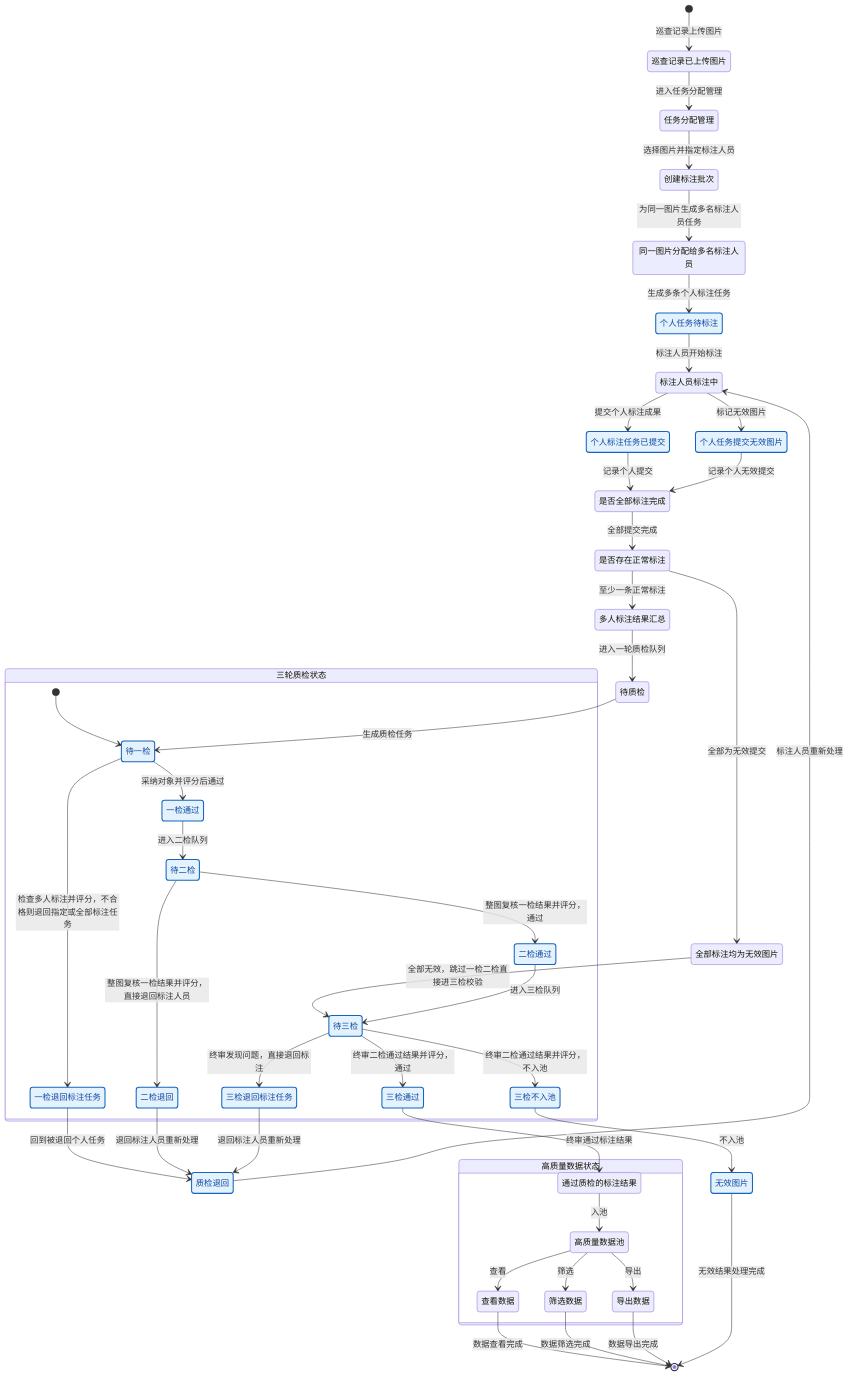
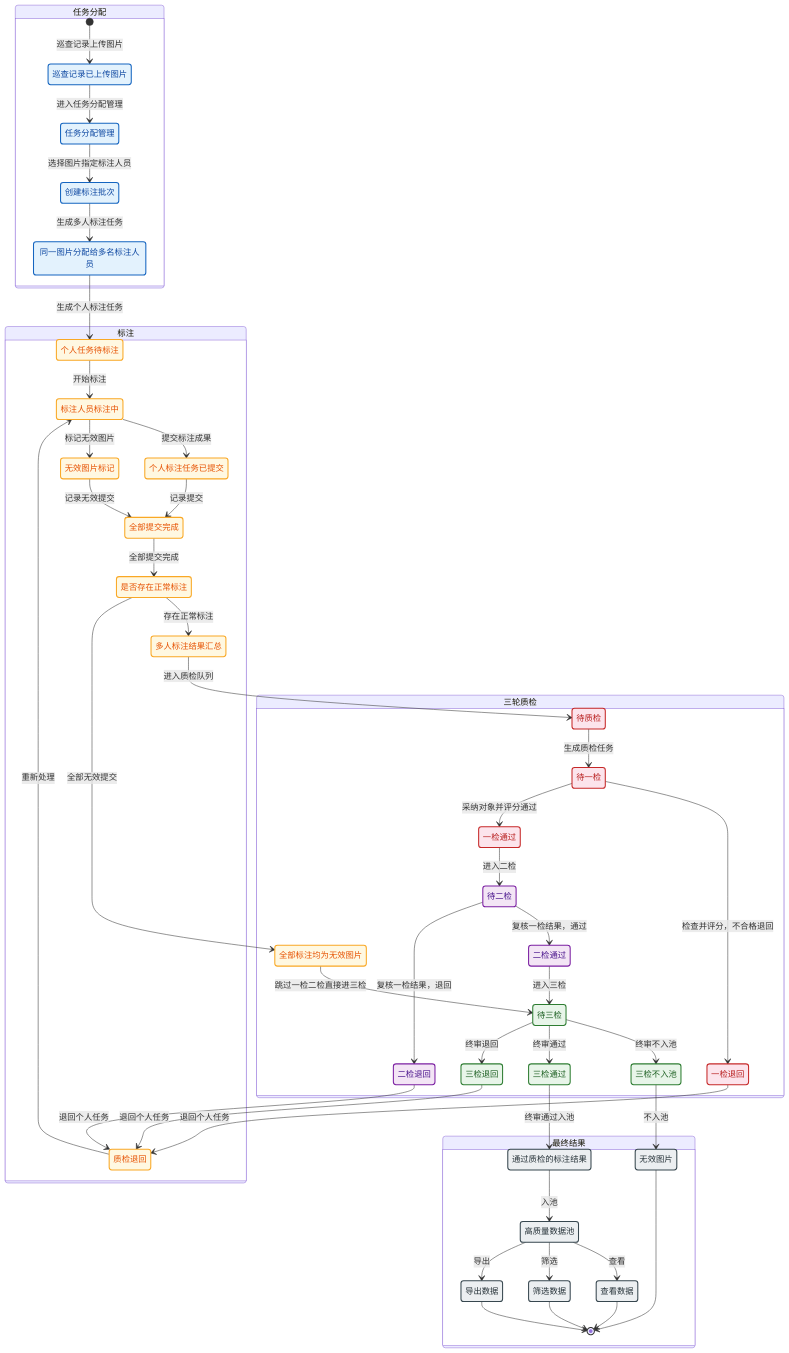
One commit to zhudan930612/shujuzhili changed the diagram in 02-PRD文档/后台管理/标注质检三轮质检流程.mmd. Above: the diagram before and after it, drawn with Mermaid. The commit also changed 1 other file, not shown here.

Commit message:
refactor(质检流程): 重构流程图按四阶段分组并差异化配色
- 按任务分配/标注/三轮质检/最终结果分组为四阶段
- 跨阶段连线收口到独立区块
- 按阶段差异分配配色方案（蓝/琥珀/红/紫/绿/灰）
- 状态标签精简，连线描述更简洁
- 原型源文件：同步更新

```diff
--- a/02-PRD文档/后台管理/标注质检三轮质检流程.mmd
+++ b/02-PRD文档/后台管理/标注质检三轮质检流程.mmd
@@ -1,98 +1,126 @@
 %%{init: {'theme':'mc'}}%%
 stateDiagram-v2
-  [*] --> InspectionUploaded: 巡查记录上传图片
+  %% ═══════════════════════════════════════════
+  %% 阶段一：任务分配
+  %% ═══════════════════════════════════════════
+  state "任务分配" as Assign {
+    InspectionUploaded: 巡查记录已上传图片
+    AssignmentManage: 任务分配管理
+    BatchCreated: 创建标注批次
+    MultiAnnotationAssigned: 同一图片分配给多名标注人员
 
-  InspectionUploaded: 巡查记录已上传图片
-  AssignmentManage: 任务分配管理
-  BatchCreated: 创建标注批次
-  MultiAnnotationAssigned: 同一图片分配给多名标注人员
-  AnnotationTodo: 个人任务待标注
-  Annotating: 标注人员标注中
-  AnnotationSubmitted: 个人标注任务已提交
-  AnnotationInvalid: 个人任务提交无效图片
-  AnnotationReturned: 质检退回
-  FinalInvalid: 无效图片
-  AllAnnotationSubmitted: 是否全部标注完成
-  HasValidAnnotation: 是否存在正常标注
-  AnnotationMerged: 多人标注结果汇总
-  QCWaiting: 待质检
-  AllInvalidSample: 全部标注均为无效图片
+    [*] --> InspectionUploaded: 巡查记录上传图片
+    InspectionUploaded --> AssignmentManage: 进入任务分配管理
+    AssignmentManage --> BatchCreated: 选择图片指定标注人员
+    BatchCreated --> MultiAnnotationAssigned: 生成多人标注任务
+  }
 
-  InspectionUploaded --> AssignmentManage: 进入任务分配管理
-  AssignmentManage --> BatchCreated: 选择图片并指定标注人员
-  BatchCreated --> MultiAnnotationAssigned: 为同一图片生成多名标注人员任务
-  MultiAnnotationAssigned --> AnnotationTodo: 生成多条个人标注任务
-  AnnotationTodo --> Annotating: 标注人员开始标注
-  Annotating --> AnnotationSubmitted: 提交个人标注成果
-  Annotating --> AnnotationInvalid: 标记无效图片
-  AnnotationSubmitted --> AllAnnotationSubmitted: 记录个人提交
-  AnnotationInvalid --> AllAnnotationSubmitted: 记录个人无效提交
-  AnnotationReturned --> Annotating: 标注人员重新处理
-  AllAnnotationSubmitted --> HasValidAnnotation: 全部提交完成
-  HasValidAnnotation --> AnnotationMerged: 至少一条正常标注
-  HasValidAnnotation --> AllInvalidSample: 全部为无效提交
-  AnnotationMerged --> QCWaiting: 进入一轮质检队列
-  AllInvalidSample --> QC3Waiting: 全部无效，跳过一检二检直接进三检校验
+  %% ═══════════════════════════════════════════
+  %% 阶段二：标注
+  %% ═══════════════════════════════════════════
+  state "标注" as Anno {
+    AnnotationTodo: 个人任务待标注
+    Annotating: 标注人员标注中
+    AnnotationSubmitted: 个人标注任务已提交
+    AnnotationInvalid: 无效图片标记
+    AllAnnotationSubmitted: 全部提交完成
+    HasValidAnnotation: 是否存在正常标注
+    AnnotationMerged: 多人标注结果汇总
+    AllInvalidSample: 全部标注均为无效图片
+    AnnotationReturned: 质检退回
 
-  state "三轮质检状态" as QCFlow {
-    [*] --> QC1Waiting
+    AnnotationTodo --> Annotating: 开始标注
+    Annotating --> AnnotationSubmitted: 提交标注成果
+    Annotating --> AnnotationInvalid: 标记无效图片
+    AnnotationSubmitted --> AllAnnotationSubmitted: 记录提交
+    AnnotationInvalid --> AllAnnotationSubmitted: 记录无效提交
+    AnnotationReturned --> Annotating: 重新处理
+    AllAnnotationSubmitted --> HasValidAnnotation: 全部提交完成
+    HasValidAnnotation --> AnnotationMerged: 存在正常标注
+    HasValidAnnotation --> AllInvalidSample: 全部无效提交
+  }
+
+  %% ═══════════════════════════════════════════
+  %% 阶段三：三轮质检
+  %% ═══════════════════════════════════════════
+  state "三轮质检" as QC {
+    QCWaiting: 待质检
 
     QC1Waiting: 待一检
     QC1Passed: 一检通过
-    QC1Returned: 一检退回标注任务
-
-    QC1Waiting --> QC1Returned: 检查多人标注并评分，不合格则退回指定或全部标注任务
-
-    QC1Waiting --> QC1Passed: 采纳对象并评分后通过
+    QC1Returned: 一检退回
 
     QC2Waiting: 待二检
     QC2Passed: 二检通过
     QC2Returned: 二检退回
 
-    QC1Passed --> QC2Waiting: 进入二检队列
-    QC2Waiting --> QC2Passed: 整图复核一检结果并评分，通过
-    QC2Waiting --> QC2Returned: 整图复核一检结果并评分，直接退回标注人员
-
     QC3Waiting: 待三检
     QC3Passed: 三检通过
     QC3NoPool: 三检不入池
-    QC3Returned: 三检退回标注任务
+    QC3Returned: 三检退回
 
-    QC2Passed --> QC3Waiting: 进入三检队列
-    QC3Waiting --> QC3NoPool: 终审二检通过结果并评分，不入池
-    QC3Waiting --> QC3Passed: 终审二检通过结果并评分，通过
-    QC3Waiting --> QC3Returned: 终审发现问题，直接退回标注
+    QCWaiting --> QC1Waiting: 生成质检任务
+    AllInvalidSample --> QC3Waiting: 跳过一检二检直接进三检
+
+    QC1Waiting --> QC1Returned: 检查并评分，不合格退回
+    QC1Waiting --> QC1Passed: 采纳对象并评分通过
+
+    QC1Passed --> QC2Waiting: 进入二检
+    QC2Waiting --> QC2Passed: 复核一检结果，通过
+    QC2Waiting --> QC2Returned: 复核一检结果，退回
+
+    QC2Passed --> QC3Waiting: 进入三检
+    QC3Waiting --> QC3NoPool: 终审不入池
+    QC3Waiting --> QC3Passed: 终审通过
+    QC3Waiting --> QC3Returned: 终审退回
   }
 
-  QCWaiting --> QC1Waiting: 生成质检任务
-
-  QC1Returned --> AnnotationReturned: 回到被退回个人任务
-  QC2Returned --> AnnotationReturned: 退回标注人员重新处理
-  QC3Returned --> AnnotationReturned: 退回标注人员重新处理
-
-  QC3Passed --> TrustedResult: 终审通过标注结果
-  QC3NoPool --> FinalInvalid: 不入池
-
-  state "高质量数据状态" as DataFlow {
+  %% ═══════════════════════════════════════════
+  %% 阶段四：最终结果
+  %% ═══════════════════════════════════════════
+  state "最终结果" as Result {
+    FinalInvalid: 无效图片
     TrustedResult: 通过质检的标注结果
     QualityDataPool: 高质量数据池
     QualityDataView: 查看数据
     QualityDataFilter: 筛选数据
     QualityDataExport: 导出数据
 
     TrustedResult --> QualityDataPool: 入池
     QualityDataPool --> QualityDataView: 查看
     QualityDataPool --> QualityDataFilter: 筛选
     QualityDataPool --> QualityDataExport: 导出
+
+    QualityDataView --> [*]
+    QualityDataFilter --> [*]
+    QualityDataExport --> [*]
+    FinalInvalid --> [*]
   }
 
-  QualityDataView --> [*]: 数据查看完成
-  QualityDataFilter --> [*]: 数据筛选完成
-  QualityDataExport --> [*]: 数据导出完成
-  FinalInvalid --> [*]: 无效结果处理完成
+  %% ═══════════════════════════════════════════
+  %% 跨阶段连线
+  %% ═══════════════════════════════════════════
+  MultiAnnotationAssigned --> AnnotationTodo: 生成个人标注任务
+  AnnotationMerged --> QCWaiting: 进入质检队列
+  QC1Returned --> AnnotationReturned: 退回个人任务
+  QC2Returned --> AnnotationReturned: 退回个人任务
+  QC3Returned --> AnnotationReturned: 退回个人任务
+  QC3Passed --> TrustedResult: 终审通过入池
+  QC3NoPool --> FinalInvalid: 不入池
 
-  classDef listStatus fill:#e3f2fd,stroke:#1565c0,stroke-width:2px,color:#0d47a1
-  class AnnotationTodo,AnnotationSubmitted,AnnotationInvalid,AnnotationReturned,FinalInvalid listStatus
-  class QC1Waiting,QC1Passed,QC1Returned listStatus
-  class QC2Waiting,QC2Passed,QC2Returned listStatus
-  class QC3Waiting,QC3Passed,QC3NoPool,QC3Returned listStatus
+  %% ═══════════════════════════════════════════
+  %% 样式
+  %% ═══════════════════════════════════════════
+  classDef assignStyle fill:#e3f2fd,stroke:#1565c0,stroke-width:2px,color:#0d47a1
+  classDef annoStyle fill:#fff8e1,stroke:#f9a825,stroke-width:2px,color:#e65100
+  classDef qc1Style fill:#fce4ec,stroke:#c62828,stroke-width:2px,color:#b71c1c
+  classDef qc2Style fill:#f3e5f5,stroke:#7b1fa2,stroke-width:2px,color:#4a148c
+  classDef qc3Style fill:#e8f5e9,stroke:#2e7d32,stroke-width:2px,color:#1b5e20
+  classDef resultStyle fill:#eceff1,stroke:#37474f,stroke-width:2px,color:#263238
+
+  class InspectionUploaded,AssignmentManage,BatchCreated,MultiAnnotationAssigned assignStyle
+  class AnnotationTodo,Annotating,AnnotationSubmitted,AnnotationInvalid,AllAnnotationSubmitted,HasValidAnnotation,AnnotationMerged,AllInvalidSample,AnnotationReturned annoStyle
+  class QCWaiting,QC1Waiting,QC1Passed,QC1Returned qc1Style
+  class QC2Waiting,QC2Passed,QC2Returned qc2Style
+  class QC3Waiting,QC3Passed,QC3NoPool,QC3Returned qc3Style
+  class FinalInvalid,TrustedResult,QualityDataPool,QualityDataView,QualityDataFilter,QualityDataExport resultStyle
```
